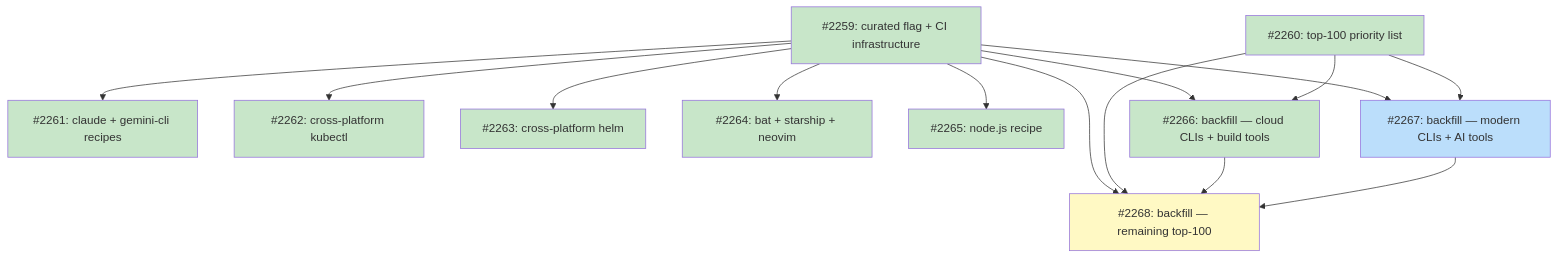
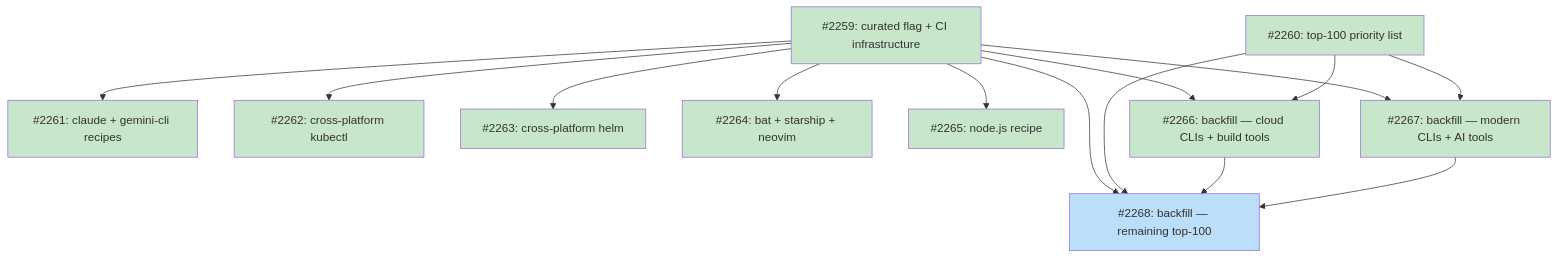
Before and after one commit to tsukumogami/tsuku: the diagram in docs/designs/DESIGN-curated-recipes.md, drawn with Mermaid. The commit also changed other lines of this file and 11 other files, not shown here.

````diff
--- a/docs/designs/DESIGN-curated-recipes.md
+++ b/docs/designs/DESIGN-curated-recipes.md
@@ -649,35 +649,34 @@
 ```mermaid
 graph TD
     I2259["#2259: curated flag + CI infrastructure"]
     I2260["#2260: top-100 priority list"]
     I2261["#2261: claude + gemini-cli recipes"]
     I2262["#2262: cross-platform kubectl"]
     I2263["#2263: cross-platform helm"]
     I2264["#2264: bat + starship + neovim"]
     I2265["#2265: node.js recipe"]
     I2266["#2266: backfill — cloud CLIs + build tools"]
     I2267["#2267: backfill — modern CLIs + AI tools"]
     I2268["#2268: backfill — remaining top-100"]
 
     I2259 --> I2261
     I2259 --> I2262
     I2259 --> I2263
     I2259 --> I2264
     I2259 --> I2265
     I2259 --> I2266
     I2259 --> I2267
     I2259 --> I2268
     I2260 --> I2266
     I2260 --> I2267
     I2260 --> I2268
     I2266 --> I2268
     I2267 --> I2268
 
     classDef done fill:#c8e6c9
     classDef ready fill:#bbdefb
     classDef blocked fill:#fff9c4
 
-    class I2259,I2260,I2261,I2262,I2263,I2264,I2265,I2266 done
-    class I2267 ready
-    class I2268 blocked
+    class I2259,I2260,I2261,I2262,I2263,I2264,I2265,I2266,I2267 done
+    class I2268 ready
 ```
````
